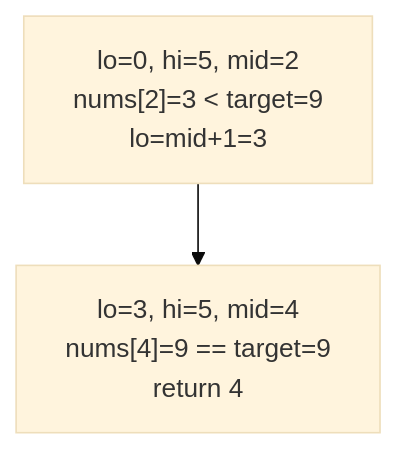
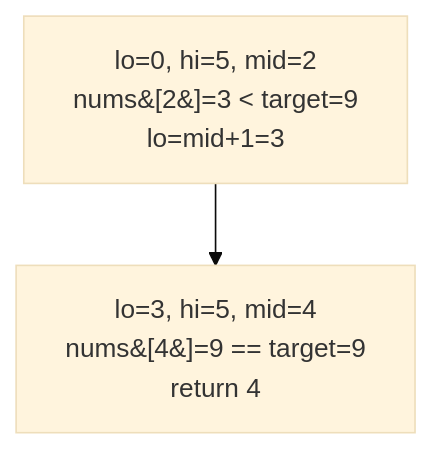
One commit to Aryan-Jadon18/dsa-placement-prep changed the diagram in topics/05-binary-search/01-binary-search/README.md. Above: the diagram before and after it, drawn with Mermaid (base theme). The commit also changed 52 other files, not shown here.

First line of the commit message:
Fix Mermaid diagrams not rendering on GitHub

````diff
--- a/topics/05-binary-search/01-binary-search/README.md
+++ b/topics/05-binary-search/01-binary-search/README.md
@@ -48,4 +48,4 @@
 ```mermaid
 flowchart TD
-    A["lo=0, hi=5, mid=2<br/>nums[2]=3 < target=9<br/>lo=mid+1=3"] --> B["lo=3, hi=5, mid=4<br/>nums[4]=9 == target=9<br/>return 4"]
+    A["lo=0, hi=5, mid=2<br/>nums&#91;2&#93;=3 < target=9<br/>lo=mid+1=3"] --> B["lo=3, hi=5, mid=4<br/>nums&#91;4&#93;=9 == target=9<br/>return 4"]
 ```
````
